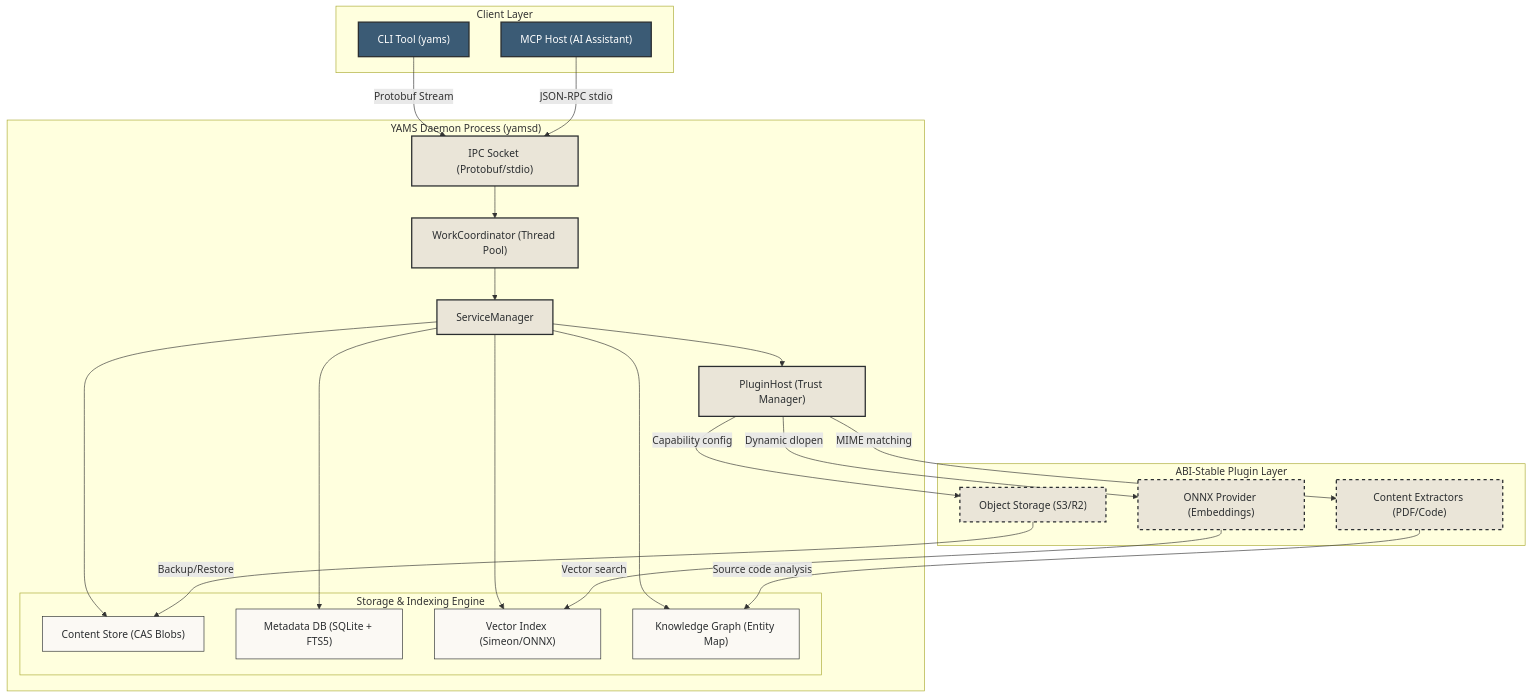
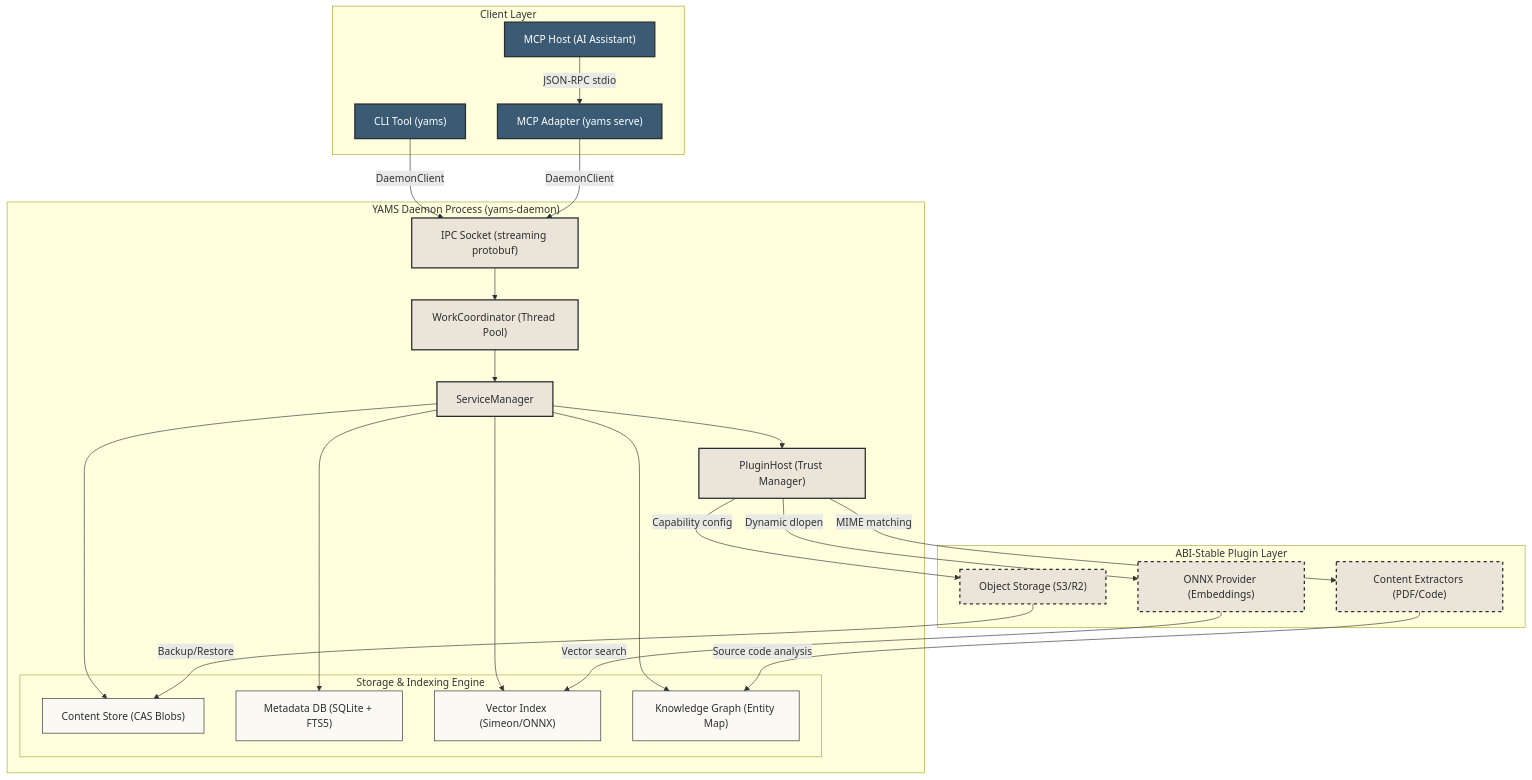
One commit to trvon/yams changed the diagram in docs/architecture/system_architecture.md. Above: the diagram before and after it, drawn with Mermaid. The commit also changed other lines of this file and 24 other files, not shown here.

````diff
--- a/docs/architecture/system_architecture.md
+++ b/docs/architecture/system_architecture.md
@@ -11,53 +11,55 @@
 ```mermaid
 graph TD
     classDef client fill:#3b5b75,stroke:#2b2e30,stroke-width:2px,color:#fff;
     classDef daemon fill:#eae5d8,stroke:#2b2e30,stroke-width:2px,color:#2b2e30;
     classDef plugin fill:#eae5d8,stroke:#2b2e30,stroke-width:2px,stroke-dasharray: 5 5,color:#2b2e30;
     classDef db fill:#fbf9f4,stroke:#2b2e30,stroke-width:1px,color:#2b2e30;
 
     subgraph Clients ["Client Layer"]
         CLI["CLI Tool (yams)"]:::client
-        MCP["MCP Host (AI Assistant)"]:::client
+        MCPHost["MCP Host (AI Assistant)"]:::client
+        MCPSrv["MCP Adapter (yams serve)"]:::client
     end
 
-    subgraph DaemonProcess ["YAMS Daemon Process (yamsd)"]
-        IPC["IPC Socket (Protobuf/stdio)"]:::daemon
+    subgraph DaemonProcess ["YAMS Daemon Process (yams-daemon)"]
+        IPC["IPC Socket (streaming protobuf)"]:::daemon
         WC["WorkCoordinator (Thread Pool)"]:::daemon
         SM["ServiceManager"]:::daemon
-        
+
         subgraph StorageEngine ["Storage & Indexing Engine"]
             CS["Content Store (CAS Blobs)"]:::db
             MDB["Metadata DB (SQLite + FTS5)"]:::db
             VE["Vector Index (Simeon/ONNX)"]:::db
             KG["Knowledge Graph (Entity Map)"]:::db
         end
-        
+
         PH["PluginHost (Trust Manager)"]:::daemon
     end
 
     subgraph Plugins ["ABI-Stable Plugin Layer"]
         ONNX["ONNX Provider (Embeddings)"]:::plugin
         EXT["Content Extractors (PDF/Code)"]:::plugin
         S3["Object Storage (S3/R2)"]:::plugin
     end
 
     %% Connections
-    CLI -->|Protobuf Stream| IPC
-    MCP -->|JSON-RPC stdio| IPC
+    CLI -->|DaemonClient| IPC
+    MCPHost -->|JSON-RPC stdio| MCPSrv
+    MCPSrv -->|DaemonClient| IPC
     IPC --> WC
     WC --> SM
-    
+
     SM --> CS
     SM --> MDB
     SM --> VE
     SM --> KG
     SM --> PH
-    
+
     PH -->|Dynamic dlopen| ONNX
     PH -->|MIME matching| EXT
     PH -->|Capability config| S3
-    
+
     EXT -->|Source code analysis| KG
     ONNX -->|Vector search| VE
     S3 -->|Backup/Restore| CS
 ```
````
